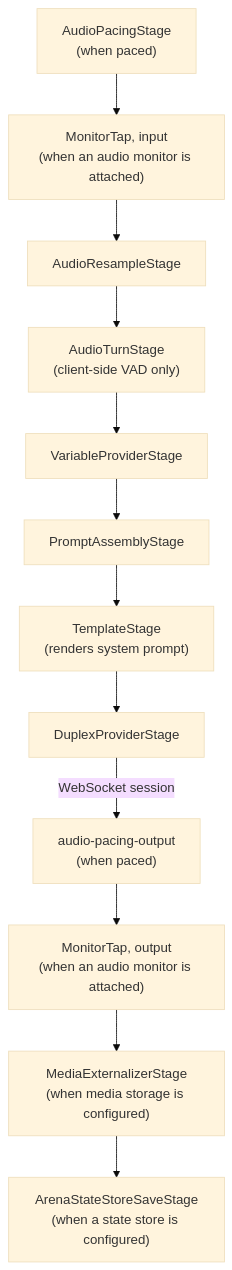
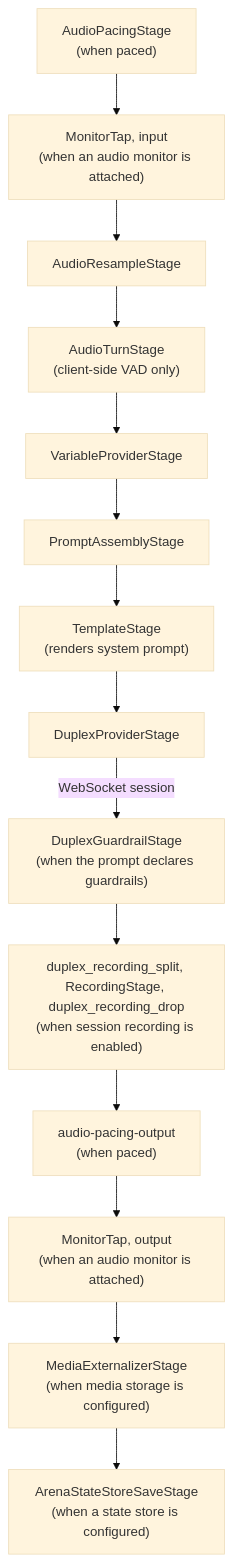
Before and after one commit to AltairaLabs/promptarena: the third of 6 diagrams in docs/src/content/docs/arena/explanation/duplex-architecture.md, drawn with Mermaid (base theme). The commit also changed other lines of this file and 37 other files, not shown here.

````diff
--- a/docs/src/content/docs/arena/explanation/duplex-architecture.md
+++ b/docs/src/content/docs/arena/explanation/duplex-architecture.md
@@ -73,14 +77,16 @@
 ```mermaid
 flowchart TD
     pin["AudioPacingStage<br/>(when paced)"] --> tin["MonitorTap, input<br/>(when an audio monitor is attached)"]
     tin --> rs["AudioResampleStage"]
     rs --> ats["AudioTurnStage<br/>(client-side VAD only)"]
     ats --> vps["VariableProviderStage"]
     vps --> pas["PromptAssemblyStage"]
     pas --> ts["TemplateStage<br/>(renders system prompt)"]
     ts --> dps["DuplexProviderStage"]
-    dps -->|WebSocket session| pout["audio-pacing-output<br/>(when paced)"]
+    dps -->|WebSocket session| grs["DuplexGuardrailStage<br/>(when the prompt declares guardrails)"]
+    grs --> rec["duplex_recording_split, RecordingStage, duplex_recording_drop<br/>(when session recording is enabled)"]
+    rec --> pout["audio-pacing-output<br/>(when paced)"]
     pout --> tout["MonitorTap, output<br/>(when an audio monitor is attached)"]
     tout --> mes["MediaExternalizerStage<br/>(when media storage is configured)"]
     mes --> ass["ArenaStateStoreSaveStage<br/>(when a state store is configured)"]
 ```
````
